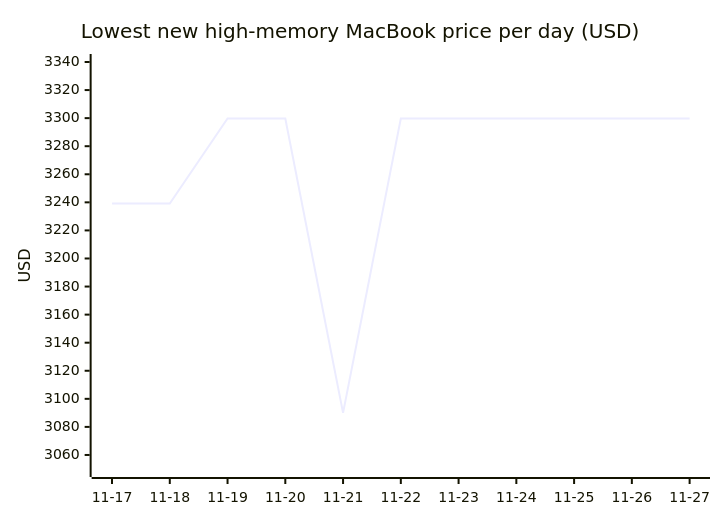
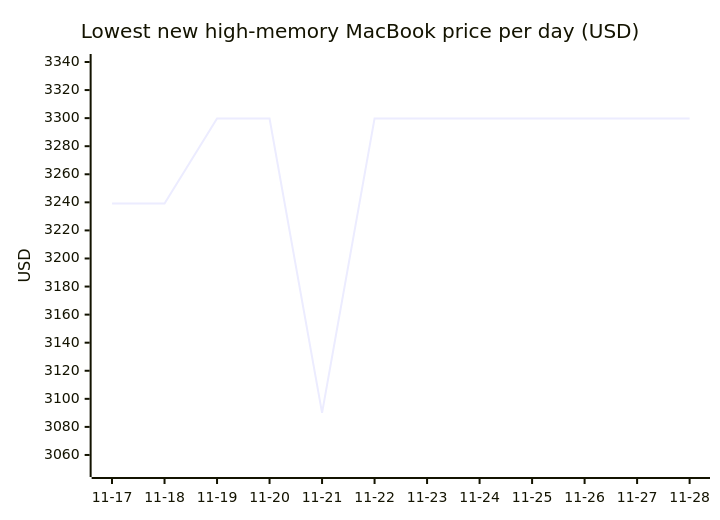
Diagram 17 of 18 in README.md (7324136828/4tb_ssd_price_watch), drawn with Mermaid before and after one commit. The commit also changed other lines of this file, not shown here.

````diff
--- a/README.md
+++ b/README.md
@@ -1766,7 +1819,7 @@
 ```mermaid
 xychart-beta
     title "Lowest new high-memory MacBook price per day (USD)"
-    x-axis ["11-17", "11-18", "11-19", "11-20", "11-21", "11-22", "11-23", "11-24", "11-25", "11-26", "11-27"]
+    x-axis ["11-17", "11-18", "11-19", "11-20", "11-21", "11-22", "11-23", "11-24", "11-25", "11-26", "11-27", "11-28"]
     y-axis "USD" 3050 --> 3340
-    line [3239.09, 3239.10, 3299.74, 3299.74, 3089.95, 3299.74, 3299.74, 3299.74, 3299.74, 3299.74, 3299.74]
+    line [3239.09, 3239.10, 3299.74, 3299.74, 3089.95, 3299.74, 3299.74, 3299.74, 3299.74, 3299.74, 3299.74, 3299.74]
 ```
````
